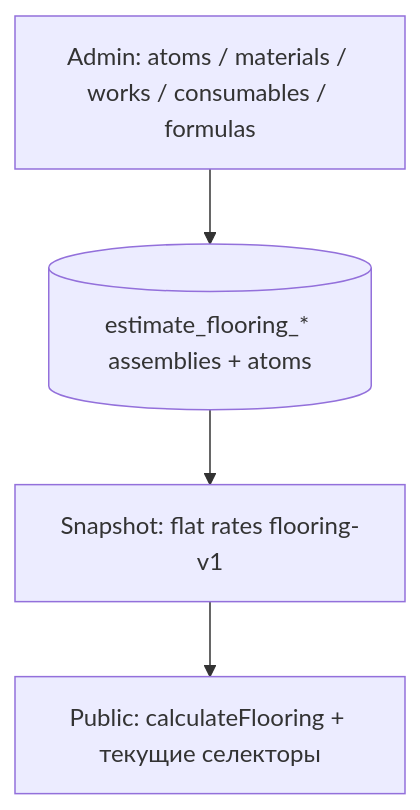
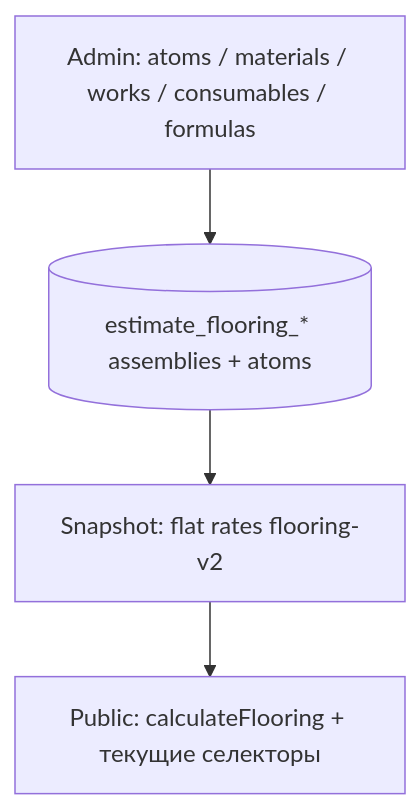
The fourth of 8 diagrams in docs/public-site-architecture-plan.md (danko-pro/Danko-IT), drawn with Mermaid before and after one commit. The commit also changed other lines of this file and 33 other files, not shown here.

Commit message:
refactor(public-estimate): move flooring labor rates to layouts v2

````diff
--- a/docs/public-site-architecture-plan.md
+++ b/docs/public-site-architecture-plan.md
@@ -634,10 +634,10 @@
 ```mermaid
 flowchart TB
   Admin["Admin: atoms / materials / works / consumables / formulas"]
   DB[("estimate_flooring_* assemblies + atoms")]
-  Snap["Snapshot: flat rates flooring-v1"]
+  Snap["Snapshot: flat rates flooring-v2"]
   Pub["Public: calculateFlooring + текущие селекторы"]
 
   Admin --> DB
   DB --> Snap --> Pub
 ```
````
